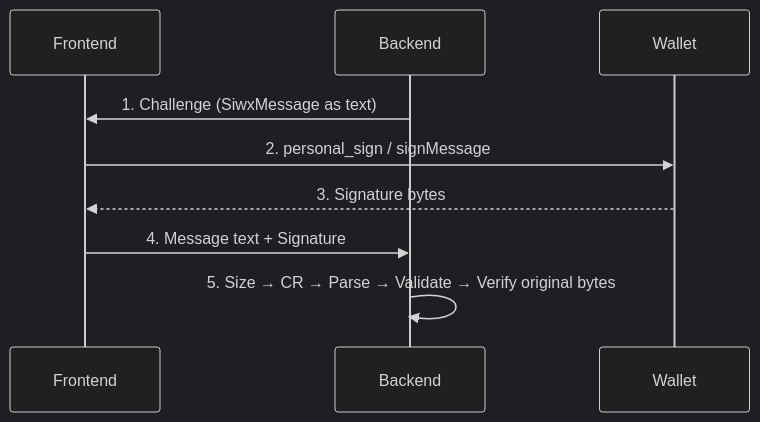
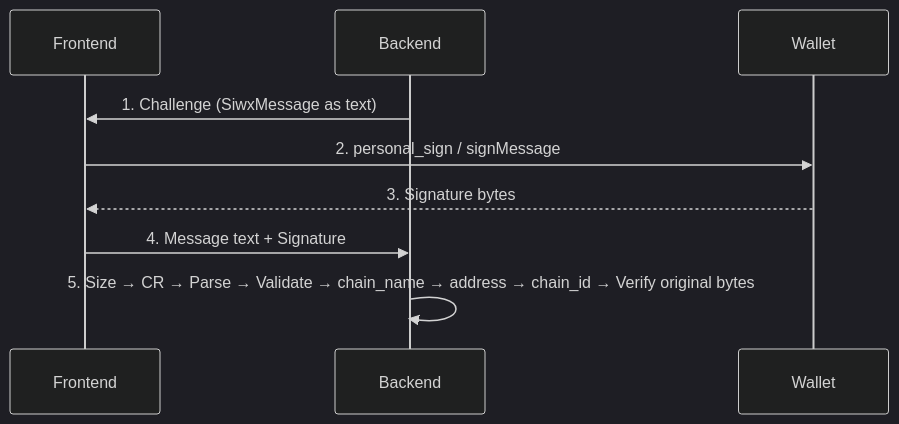
The diagram in README.md (qntx/siwx), drawn with Mermaid (dark theme) before and after one commit. The commit also changed other lines of this file and 7 other files, not shown here.

````diff
--- a/README.md
+++ b/README.md
@@ -224,12 +229,12 @@
 ```mermaid
 sequenceDiagram
     participant Frontend
     participant Backend
     participant Wallet
 
     Backend->>Frontend: 1. Challenge (SiwxMessage as text)
     Frontend->>Wallet: 2. personal_sign / signMessage
     Wallet-->>Frontend: 3. Signature bytes
     Frontend->>Backend: 4. Message text + Signature
-    Backend->>Backend: 5. Size → CR → Parse → Validate → Verify original bytes
+    Backend->>Backend: 5. Size → CR → Parse → Validate → chain_name → address → chain_id → Verify original bytes
 ```
````
